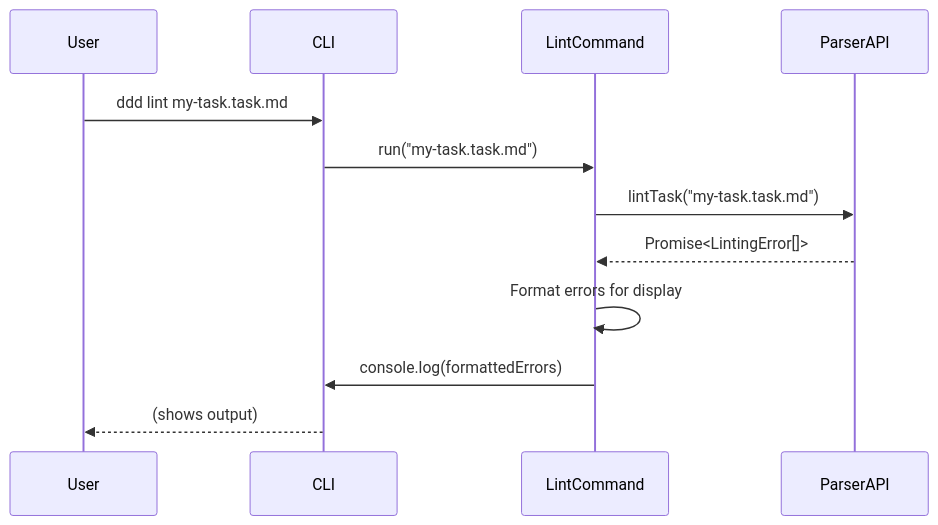
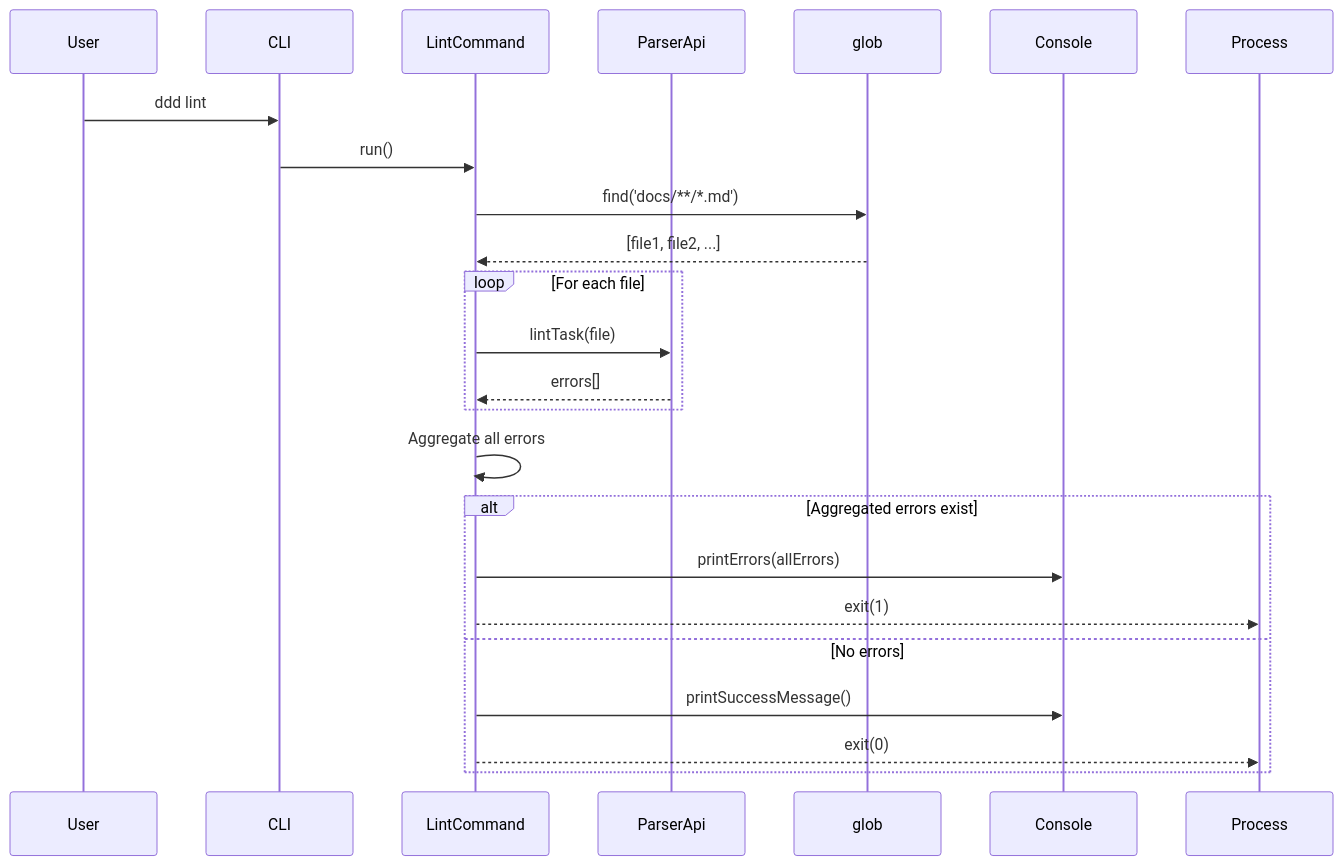
Before and after one commit to livelifelively/documentation-driven-development-tools: the fourth of 4 diagrams in docs/requirements/p1-p5.t20-cli-lint-command.task.md, drawn with Mermaid. The commit also changed other lines of this file and 1 other file, not shown here.

````diff
--- a/docs/requirements/p1-p5.t20-cli-lint-command.task.md
+++ b/docs/requirements/p1-p5.t20-cli-lint-command.task.md
@@ -114,15 +138,25 @@
 ```mermaid
 sequenceDiagram
     participant User
     participant CLI
     participant LintCommand
-    participant ParserAPI
+    participant ParserApi
+    participant glob
 
-    User->>CLI: ddd lint my-task.task.md
-    CLI->>LintCommand: run("my-task.task.md")
-    LintCommand->>ParserAPI: lintTask("my-task.task.md")
-    ParserAPI-->>LintCommand: Promise<LintingError[]>
-    LintCommand->>LintCommand: Format errors for display
-    LintCommand->>CLI: console.log(formattedErrors)
-    CLI-->>User: (shows output)
+    User->>CLI: ddd lint
+    CLI->>LintCommand: run()
+    LintCommand->>glob: find('docs/**/*.md')
+    glob-->>LintCommand: [file1, file2, ...]
+    loop For each file
+        LintCommand->>ParserApi: lintTask(file)
+        ParserApi-->>LintCommand: errors[]
+    end
+    LintCommand->>LintCommand: Aggregate all errors
+    alt Aggregated errors exist
+        LintCommand->>Console: printErrors(allErrors)
+        LintCommand-->>Process: exit(1)
+    else No errors
+        LintCommand->>Console: printSuccessMessage()
+        LintCommand-->>Process: exit(0)
+    end
 ```
````
